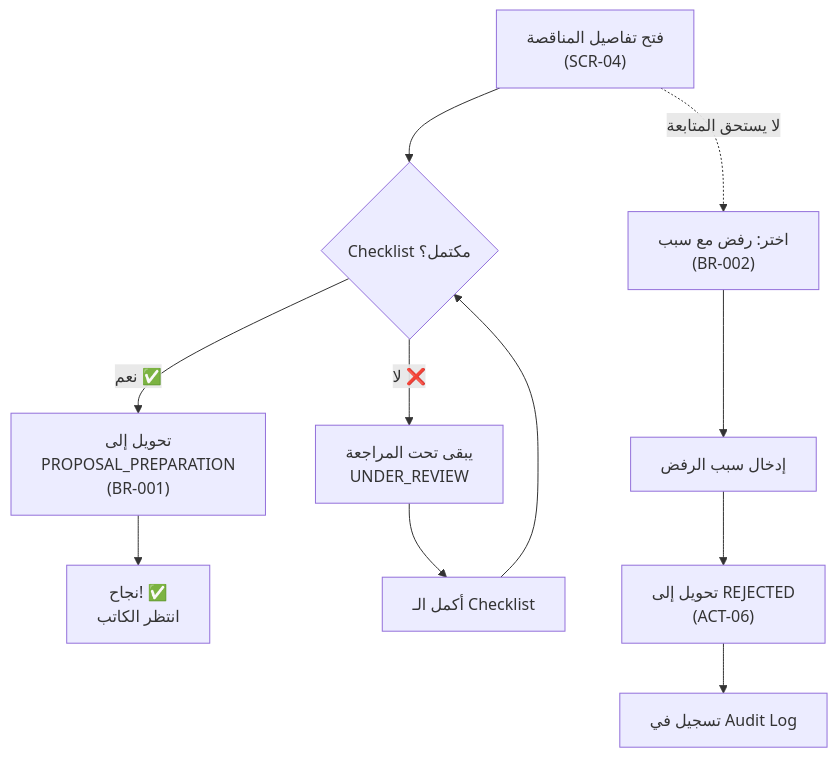
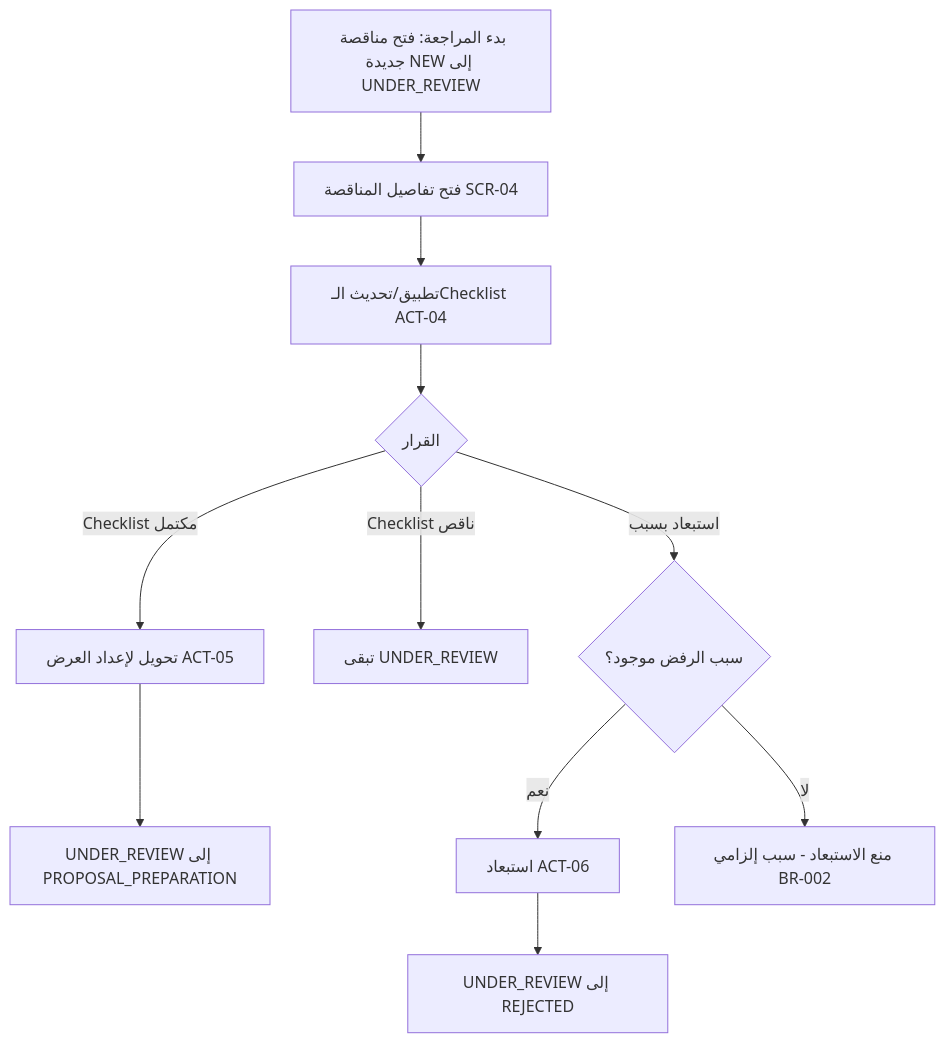
One commit to Fares-code0/tender_x changed the second of 7 diagrams in docs/design/03-user-journeys.md. Above: the diagram before and after it, drawn with Mermaid. The commit also changed other lines of this file and 4 other files, not shown here.

````diff
--- a/docs/design/03-user-journeys.md
+++ b/docs/design/03-user-journeys.md
@@ -57,14 +68,13 @@
 ```mermaid
 flowchart TD
-    A["فتح تفاصيل المناقصة<br/>(SCR-04)"]
-    A --> B{"Checklist مكتمل؟"}
-    B -->|"نعم ✅"|C["تحويل إلى<br/>PROPOSAL_PREPARATION<br/>(BR-001)"] 
-    B -->|"لا ❌"|D["يبقى تحت المراجعة<br/>UNDER_REVIEW"]
-    C --> E["نجاح! ✅<br/>انتظر الكاتب"]
-    D --> F["أكمل الـ Checklist"]
-    F --> B
-    A -.->|"لا يستحق المتابعة"|G["اختر: رفض مع سبب<br/>(BR-002)"]
-    G --> H["إدخال سبب الرفض"]
-    H --> I["تحويل إلى REJECTED<br/>(ACT-06)"]
-    I --> J["تسجيل في Audit Log"]
+    S[بدء المراجعة: فتح مناقصة جديدة NEW إلى UNDER_REVIEW] --> A[فتح تفاصيل المناقصة SCR-04]
+    A --> B[تطبيق/تحديث الـChecklist ACT-04]
+    B --> C{القرار}
+    C -->|Checklist مكتمل| D[تحويل لإعداد العرض ACT-05]
+    D --> E[UNDER_REVIEW إلى PROPOSAL_PREPARATION]
+    C -->|Checklist ناقص| F[تبقى UNDER_REVIEW]
+    C -->|استبعاد بسبب| G{سبب الرفض موجود؟}
+    G -->|نعم| H[استبعاد ACT-06]
+    H --> I[UNDER_REVIEW إلى REJECTED]
+    G -->|لا| J[منع الاستبعاد - سبب إلزامي BR-002]
 ```
````
